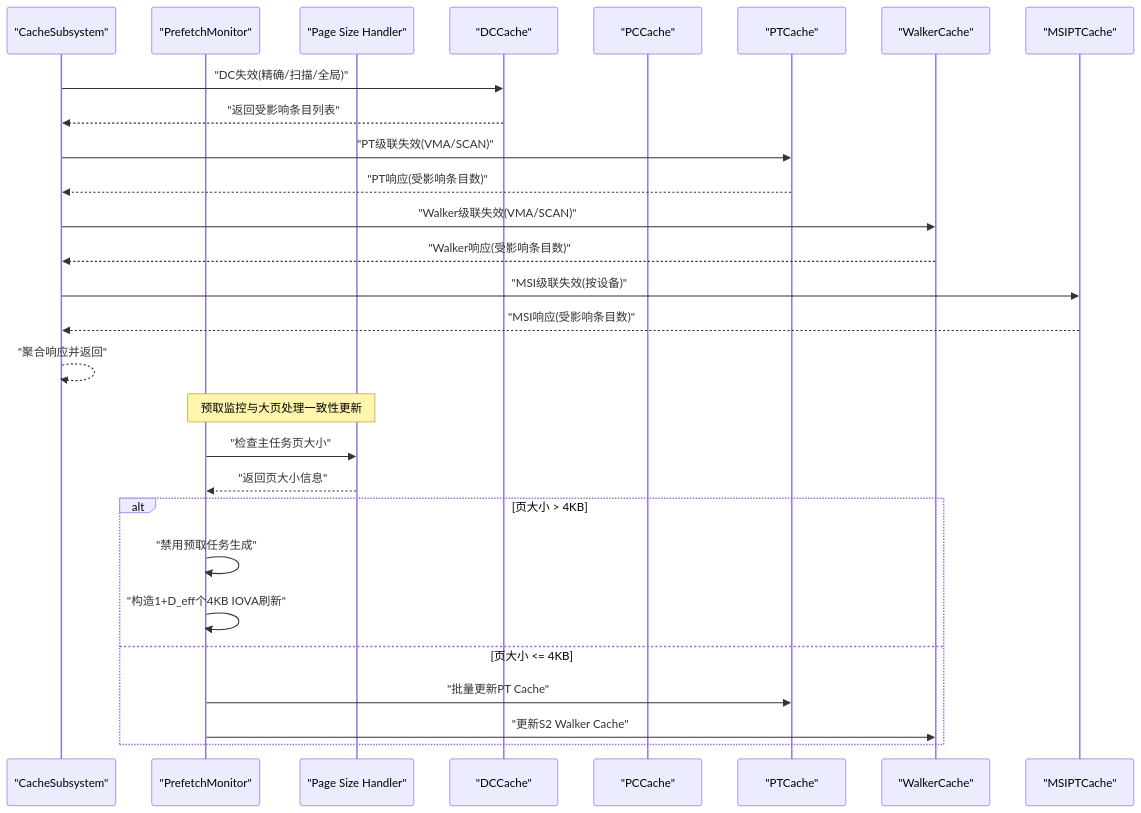
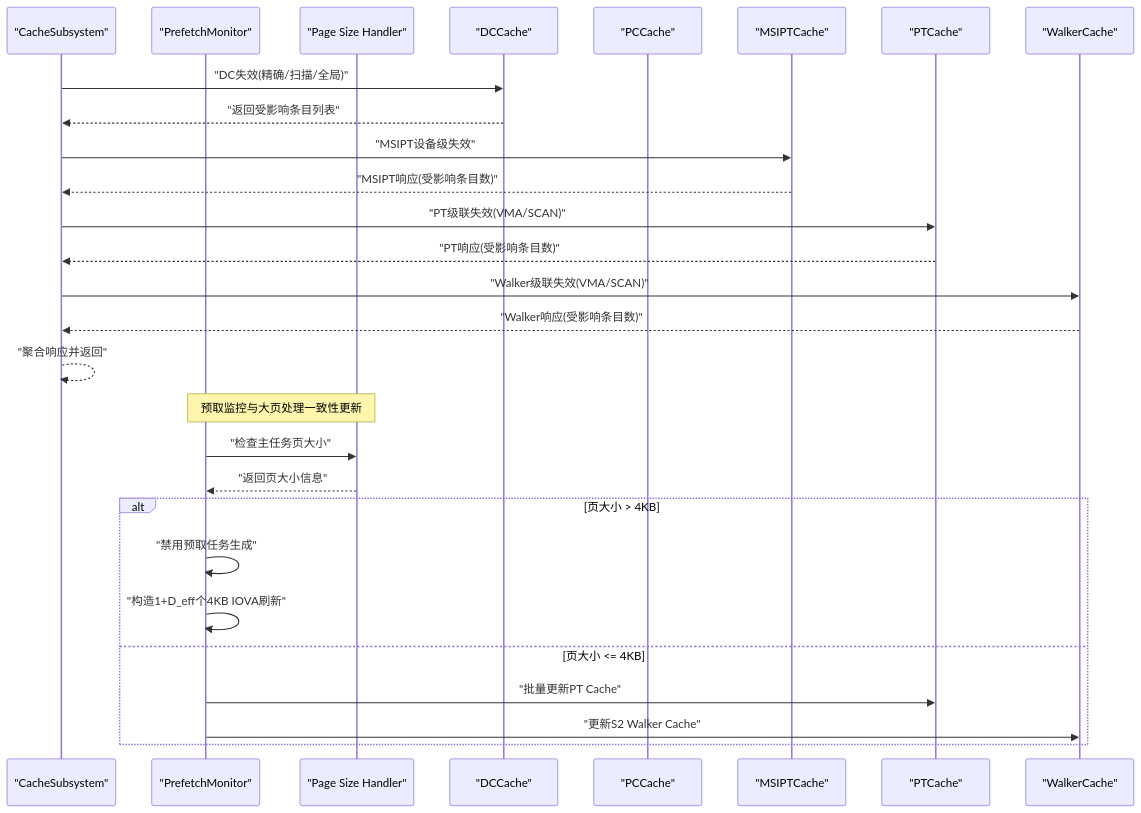
Before and after one commit to jiangjiang1122/iommu_model_20260401_v1: diagram 11 of 12 in .qoder/repowiki/zh/content/缓存系统/缓存系统.md, drawn with Mermaid. The commit also changed other lines of this file and 159 other files, not shown here.

Commit message:
chore: 更新知识库文档 + 新增PTW并发分析图表与数据文件

````diff
--- a/.qoder/repowiki/zh/content/缓存系统/缓存系统.md
+++ b/.qoder/repowiki/zh/content/缓存系统/缓存系统.md
@@ -471,30 +544,30 @@
 ```mermaid
 sequenceDiagram
 participant CS as "CacheSubsystem"
 participant PM as "PrefetchMonitor"
 participant PG as "Page Size Handler"
 participant DC as "DCCache"
 participant PC as "PCCache"
+participant MSIPT as "MSIPTCache"
 participant PT as "PTCache"
 participant WC as "WalkerCache"
-participant MSI as "MSIPTCache"
 CS->>DC : "DC失效(精确/扫描/全局)"
 DC-->>CS : "返回受影响条目列表"
+CS->>MSIPT : "MSIPT设备级失效"
+MSIPT-->>CS : "MSIPT响应(受影响条目数)"
 CS->>PT : "PT级联失效(VMA/SCAN)"
 PT-->>CS : "PT响应(受影响条目数)"
 CS->>WC : "Walker级联失效(VMA/SCAN)"
 WC-->>CS : "Walker响应(受影响条目数)"
-CS->>MSI : "MSI级联失效(按设备)"
-MSI-->>CS : "MSI响应(受影响条目数)"
 CS-->>CS : "聚合响应并返回"
 Note over PM,PG : 预取监控与大页处理一致性更新
 PM->>PG : "检查主任务页大小"
 PG-->>PM : "返回页大小信息"
 alt 页大小 > 4KB
 PM->>PM : "禁用预取任务生成"
 PM->>PM : "构造1+D_eff个4KB IOVA刷新"
 else 页大小 <= 4KB
 PM->>PT : "批量更新PT Cache"
 PM->>WC : "更新S2 Walker Cache"
 end
 ```
````
